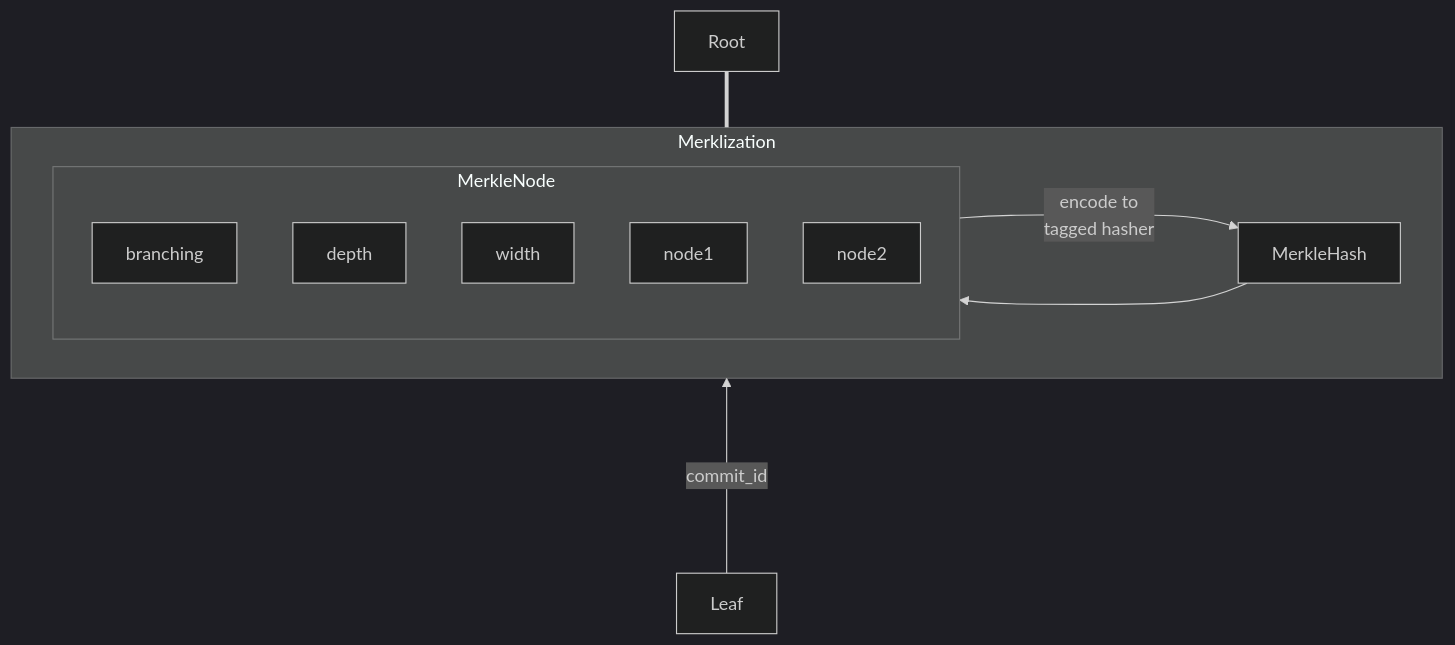
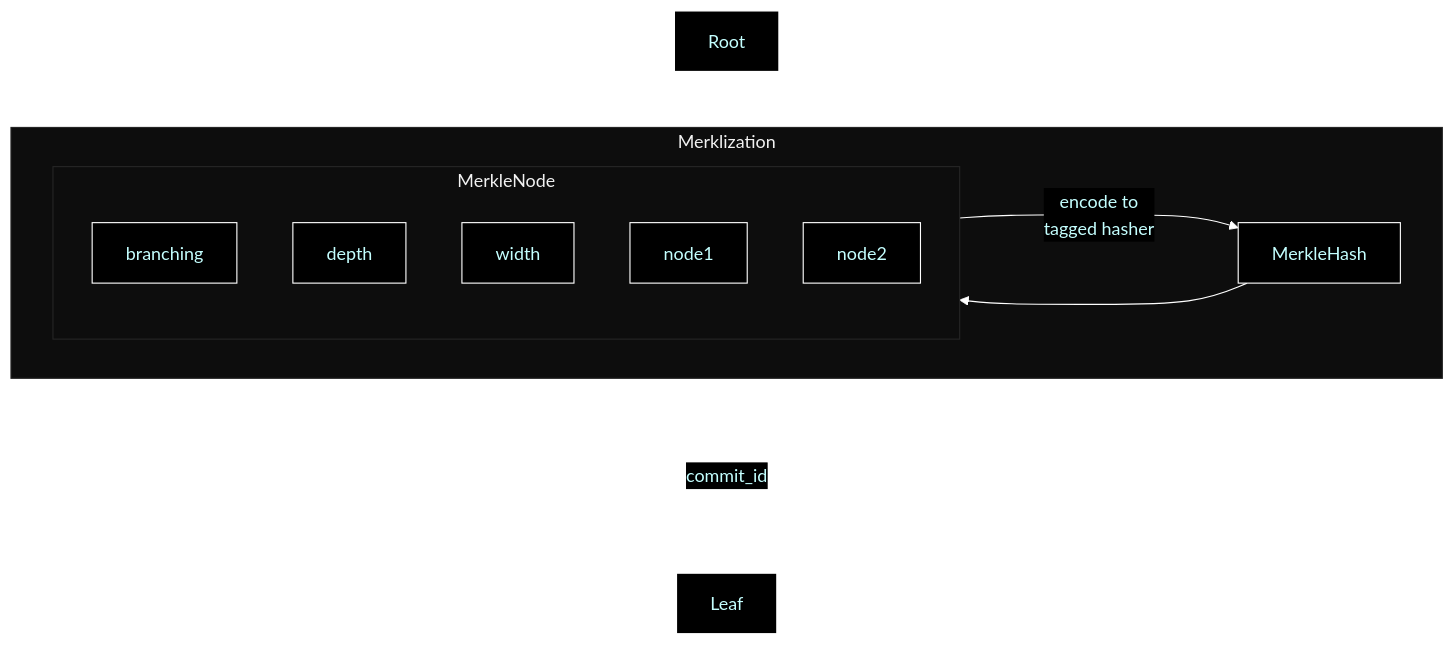
The diagram in testpage1.md (RGB-Tools/RGB-Documentation), drawn with Mermaid before and after one commit. The commit also changed other lines of this file, not shown here.

Commit message:
Update testpage1.md 2

````diff
--- a/testpage1.md
+++ b/testpage1.md
@@ -10,18 +4,30 @@
 ```mermaid
-%%{init: {'theme':'dark'}}%%
+%%{
+  init: {
+    'theme': 'base',
+    'themeVariables': {
+      'darkMode': 'false', 
+      'primaryColor': '#000000',
+      'primaryTextColor': '#c4ffff',
+      'primaryBorderColor': '#ffffff',
+      'mainBkg': '#000000',
+      'lineColor': '#ffffff'
+    }
+  }
+}%%
 flowchart BT
     subgraph Merklization
         direction LR
         subgraph MerkleNode
             branching
             depth
             width
             node1
             node2
         end
         MerkleNode -- encode to\ntagged hasher --> MerkleHash
     end
     MerkleHash ---> MerkleNode
     MerkleHash === Root
     Leaf -- commit_id ----> MerkleHash
 ```
````
